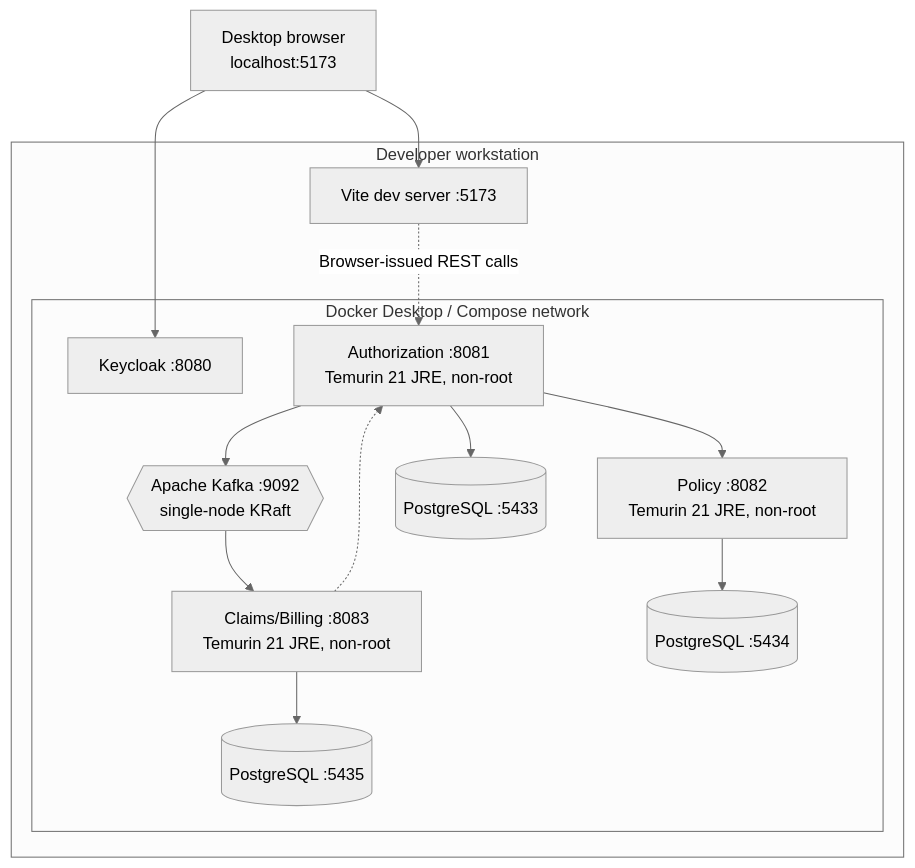
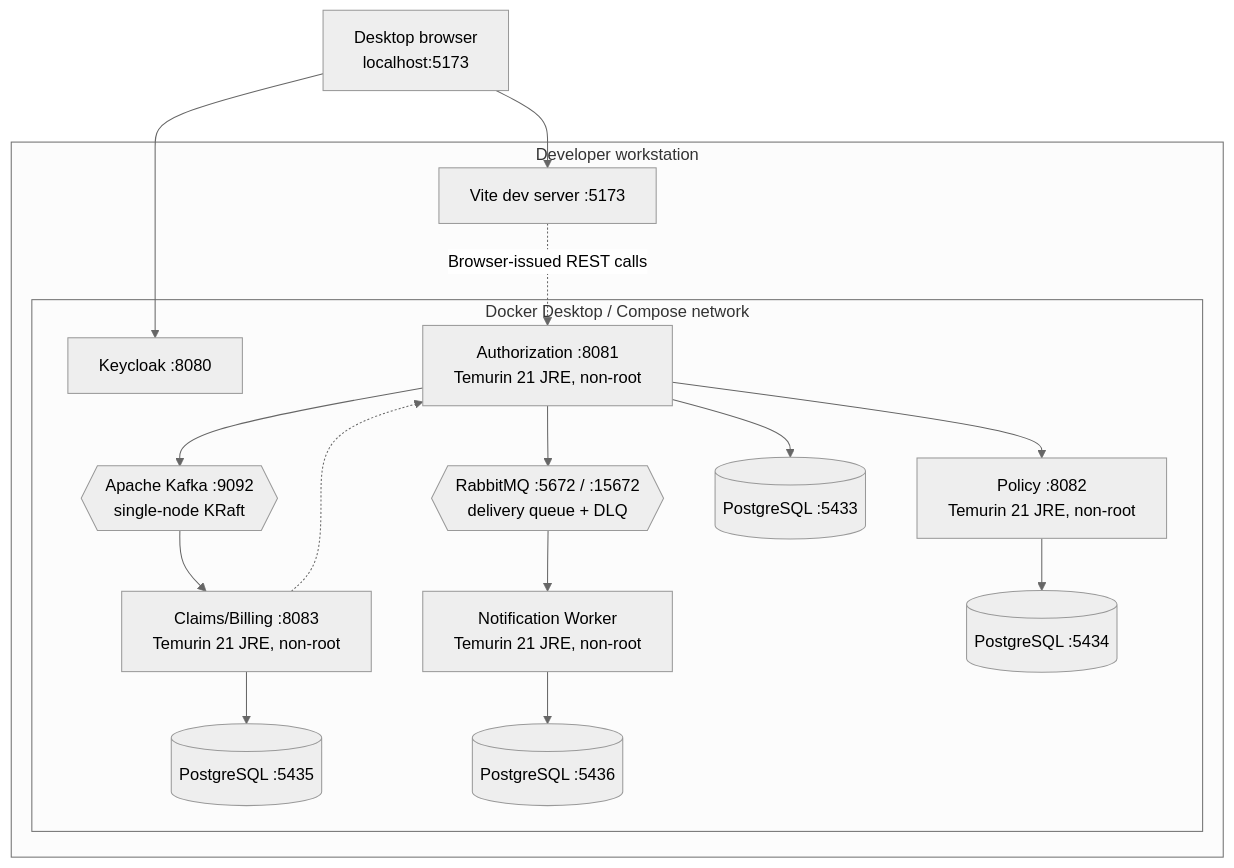
One commit to aydindemir1/health-insurance-platform changed the diagram in docs/architecture/local-deployment.md. Above: the diagram before and after it, drawn with Mermaid (neutral theme). The commit also changed other lines of this file and 14 other files, not shown here.

Commit message:
docs: complete milestone 6 notification delivery

````diff
--- a/docs/architecture/local-deployment.md
+++ b/docs/architecture/local-deployment.md
@@ -3,29 +3,35 @@
 ```mermaid
 flowchart TB
     Browser["Desktop browser<br/>localhost:5173"]
 
     subgraph Host["Developer workstation"]
         Vite["Vite dev server :5173"]
         subgraph Docker["Docker Desktop / Compose network"]
             Keycloak["Keycloak :8080"]
             Auth["Authorization :8081<br/>Temurin 21 JRE, non-root"]
             Policy["Policy :8082<br/>Temurin 21 JRE, non-root"]
             Claims["Claims/Billing :8083<br/>Temurin 21 JRE, non-root"]
+            Worker["Notification Worker<br/>Temurin 21 JRE, non-root"]
             Kafka{{"Apache Kafka :9092<br/>single-node KRaft"}}
+            Rabbit{{"RabbitMQ :5672 / :15672<br/>delivery queue + DLQ"}}
             AuthDb[("PostgreSQL :5433")]
             PolicyDb[("PostgreSQL :5434")]
             ClaimsDb[("PostgreSQL :5435")]
+            WorkerDb[("PostgreSQL :5436")]
         end
     end
 
     Browser --> Vite
     Browser --> Keycloak
     Vite -.->|"Browser-issued REST calls"| Auth
     Auth --> Policy
     Auth --> Kafka
+    Auth --> Rabbit
     Kafka --> Claims
+    Rabbit --> Worker
     Claims -.-> Auth
     Auth --> AuthDb
     Policy --> PolicyDb
     Claims --> ClaimsDb
+    Worker --> WorkerDb
 ```
````
